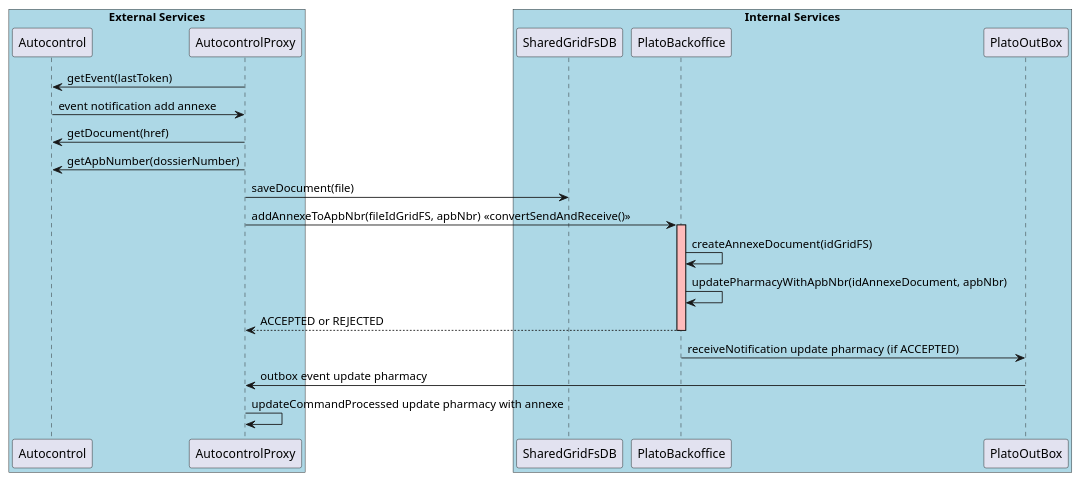
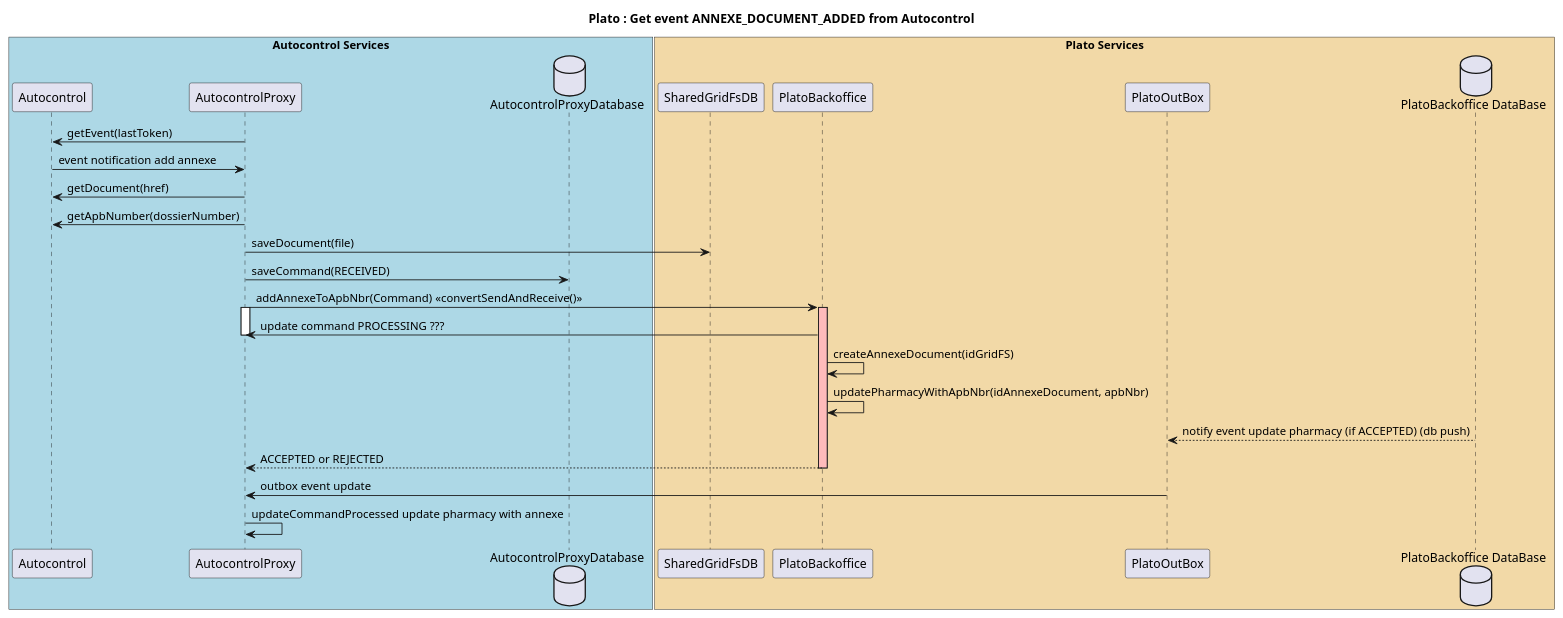
Before and after one commit to jv-it-io/archi-documentation: the diagram in src/docs/asciidoc/architecture/plantuml/annexe_autocontrolToPlato.puml, drawn with PlantUML. The commit also changed 2 other files, not shown here.

Commit message:
Update diagrams for event annexedocumentadded

```diff
--- a/src/docs/asciidoc/architecture/plantuml/annexe_autocontrolToPlato.puml
+++ b/src/docs/asciidoc/architecture/plantuml/annexe_autocontrolToPlato.puml
@@ -1,34 +1,45 @@
 @startuml
-box "External Services" #LightBlue
+title Plato : Get event ANNEXE_DOCUMENT_ADDED from Autocontrol
+
+box "Autocontrol Services" #LightBlue
 participant Autocontrol
 participant AutocontrolProxy
+database AutocontrolProxyDatabase
 end box
 
-box "Internal Services" #LightBlue
+box "Plato Services" #f2d9a7
 participant SharedGridFsDB
 participant PlatoBackoffice
 participant PlatoOutBox
+database "PlatoBackoffice DataBase"
 end box
 Autocontrol <- AutocontrolProxy: getEvent(lastToken)
 Autocontrol -> AutocontrolProxy: event notification add annexe
 Autocontrol <- AutocontrolProxy: getDocument(href)
 Autocontrol <- AutocontrolProxy: getApbNumber(dossierNumber)
 AutocontrolProxy -> SharedGridFsDB: saveDocument(file)
-AutocontrolProxy -> PlatoBackoffice: addAnnexeToApbNbr(fileIdGridFS, apbNbr) <<convertSendAndReceive()>>
+AutocontrolProxy -> AutocontrolProxyDatabase: saveCommand(RECEIVED)
 
 
-activate PlatoBackoffice #FFBBBB
+AutocontrolProxy -> PlatoBackoffice: addAnnexeToApbNbr(Command) <<convertSendAndReceive()>>
+activate AutocontrolProxy
+    activate PlatoBackoffice #FFBBBB
+    PlatoBackoffice -> AutocontrolProxy: update command PROCESSING ???
 
-PlatoBackoffice -> PlatoBackoffice: createAnnexeDocument(idGridFS)
-PlatoBackoffice -> PlatoBackoffice: updatePharmacyWithApbNbr(idAnnexeDocument, apbNbr)
+deactivate AutocontrolProxy
 
-return ACCEPTED or REJECTED
 
-PlatoOutBox <- PlatoBackoffice : receiveNotification update pharmacy (if ACCEPTED)
-PlatoOutBox -> AutocontrolProxy: outbox event update pharmacy
+    PlatoBackoffice -> PlatoBackoffice: createAnnexeDocument(idGridFS)
+    PlatoBackoffice -> PlatoBackoffice: updatePharmacyWithApbNbr(idAnnexeDocument, apbNbr)
+    PlatoOutBox <-- "PlatoBackoffice DataBase" : notify event update pharmacy (if ACCEPTED) (db push)
+    return ACCEPTED or REJECTED
+    deactivate PlatoBackoffice
+
+PlatoOutBox -> AutocontrolProxy: outbox event update
 
 AutocontrolProxy -> AutocontrolProxy : updateCommandProcessed update pharmacy with annexe
 
 
 
+
 @enduml
```
